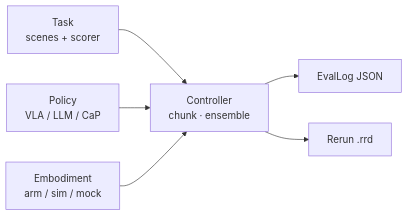
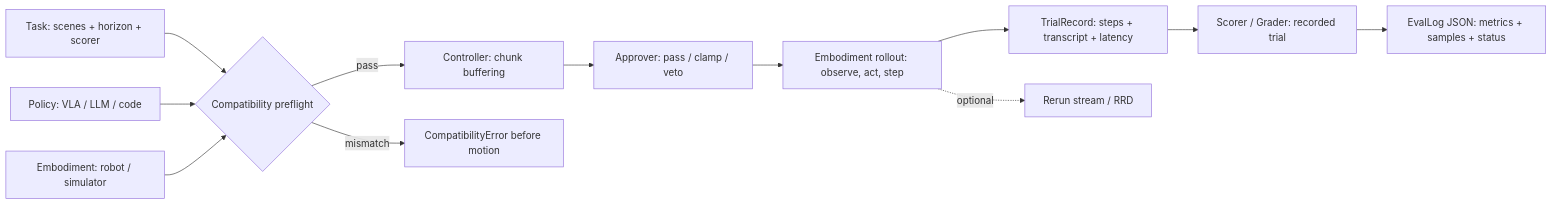
The first of 2 diagrams in wiki/entities/inspect-robots.md (ImChong/Robotics_Notebooks), drawn with Mermaid before and after one commit. The commit also changed other lines of this file and 3 other files, not shown here.

````diff
--- a/wiki/entities/inspect-robots.md
+++ b/wiki/entities/inspect-robots.md
@@ -63,15 +69,14 @@
-```mermaid
+~~~mermaid
 flowchart LR
-  T["Task<br/>scenes + scorer"]
-  P["Policy<br/>VLA / LLM / CaP"]
-  E["Embodiment<br/>arm / sim / mock"]
-  C["Controller<br/>chunk · ensemble"]
-  L["EvalLog JSON"]
-  R["Rerun .rrd"]
-
-  T --> C
-  P --> C
-  E --> C
-  C --> L
-  C --> R
-```
+  task["Task: scenes + horizon + scorer"] --> check{"Compatibility preflight"}
+  policy["Policy: VLA / LLM / code"] --> check
+  embodiment["Embodiment: robot / simulator"] --> check
+  check -->|"pass"| controller["Controller: chunk buffering"]
+  controller --> approver["Approver: pass / clamp / veto"]
+  approver --> rollout["Embodiment rollout: observe, act, step"]
+  rollout --> record["TrialRecord: steps + transcript + latency"]
+  record --> scorer["Scorer / Grader: recorded trial"]
+  scorer --> eval["EvalLog JSON: metrics + samples + status"]
+  rollout -. optional .-> rerun["Rerun stream / RRD"]
+  check -->|"mismatch"| error["CompatibilityError before motion"]
+~~~
````
